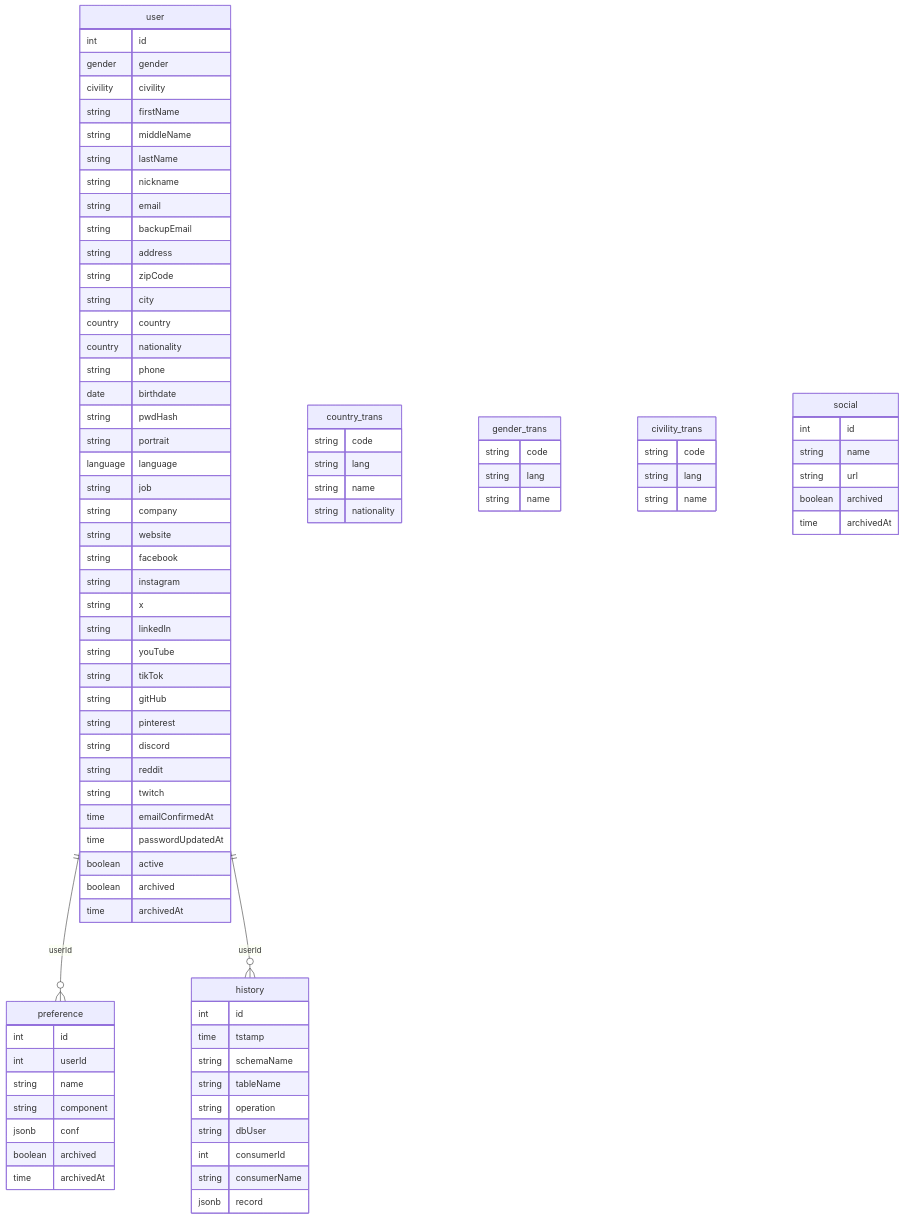
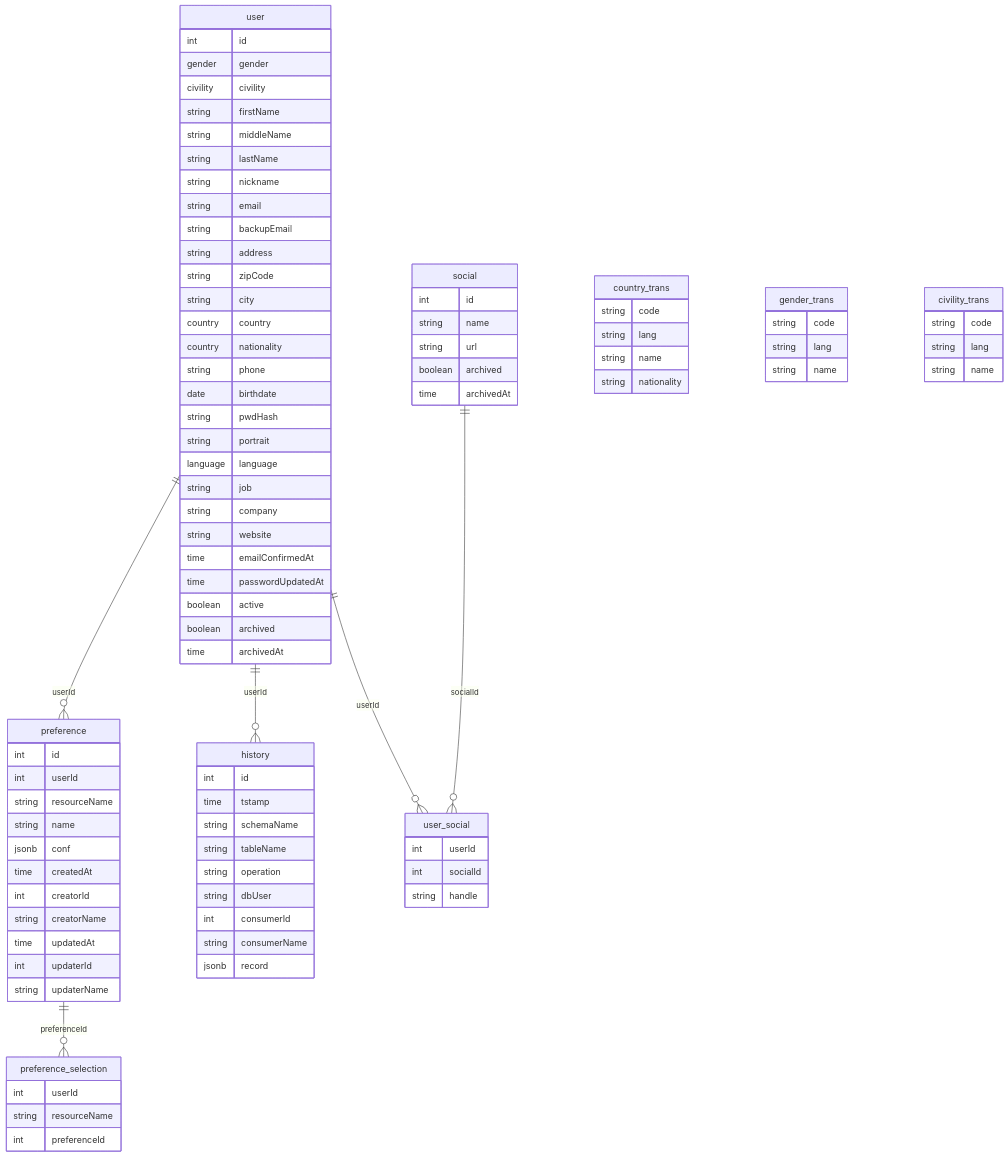
Before and after one commit to ALTEN-group/Megadex: the diagram in doc/erd.md, drawn with Mermaid. The commit also changed 52 other files, not shown here.

```diff
--- a/doc/erd.md
+++ b/doc/erd.md
@@ -6,7 +6,10 @@
 erDiagram
   
   user ||--o{ preference : "userId"
+  preference ||--o{ preference_selection : "preferenceId"
   user ||--o{ history : "userId"
+  user ||--o{ user_social : "userId"
+  social ||--o{ user_social : "socialId"
 
   user {
     int id
@@ -31,17 +34,6 @@
     string job
     string company
     string website
-    string facebook
-    string instagram
-    string x
-    string linkedIn
-    string youTube
-    string tikTok
-    string gitHub
-    string pinterest
-    string discord
-    string reddit
-    string twitch
     time emailConfirmedAt
     time passwordUpdatedAt
     boolean active
@@ -52,11 +44,21 @@
   preference {
     int id
     int userId
+    string resourceName
     string name
-    string component
     jsonb conf
-    boolean archived
-    time archivedAt
+    time createdAt
+    int creatorId
+    string creatorName
+    time updatedAt
+    int updaterId
+    string updaterName
+  }
+
+  preference_selection {
+    int userId
+    string resourceName
+    int preferenceId
   }
 
   country_trans {
@@ -86,6 +88,12 @@
     time archivedAt
   }
 
+  user_social {
+    int userId
+    int socialId
+    string handle
+  }
+
   history {
     int id
     time tstamp
```
